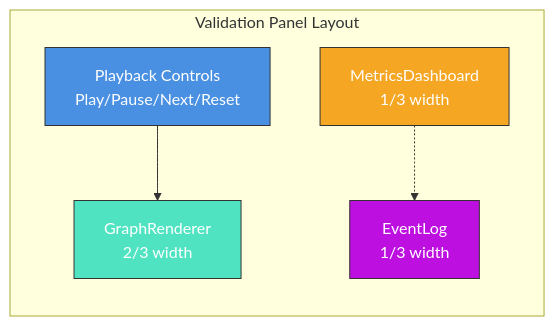
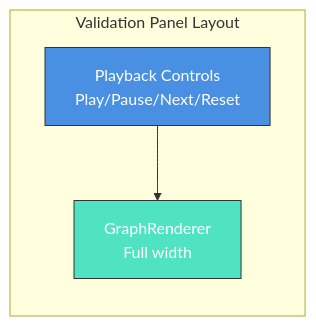
One commit to principal-ai/principal-view-core-library changed the second of 4 diagrams in docs/USAGE.md. Above: the diagram before and after it, drawn with Mermaid. The commit also changed other lines of this file and 69 other files, not shown here.

````diff
--- a/docs/USAGE.md
+++ b/docs/USAGE.md
@@ -340,18 +242,13 @@
 ```mermaid
 graph TB
     subgraph "Validation Panel Layout"
         direction TB
         Controls[Playback Controls<br/>Play/Pause/Next/Reset]
-        Graph[GraphRenderer<br/>2/3 width]
-        Metrics[MetricsDashboard<br/>1/3 width]
-        Events[EventLog<br/>1/3 width]
+        Graph[GraphRenderer<br/>Full width]
 
         Controls --> Graph
-        Metrics -.-> Events
     end
 
     style Controls fill:#4A90E2,stroke:#333,color:#fff
     style Graph fill:#50E3C2,stroke:#333,color:#fff
-    style Metrics fill:#F5A623,stroke:#333,color:#fff
-    style Events fill:#BD10E0,stroke:#333,color:#fff
 ```
````
